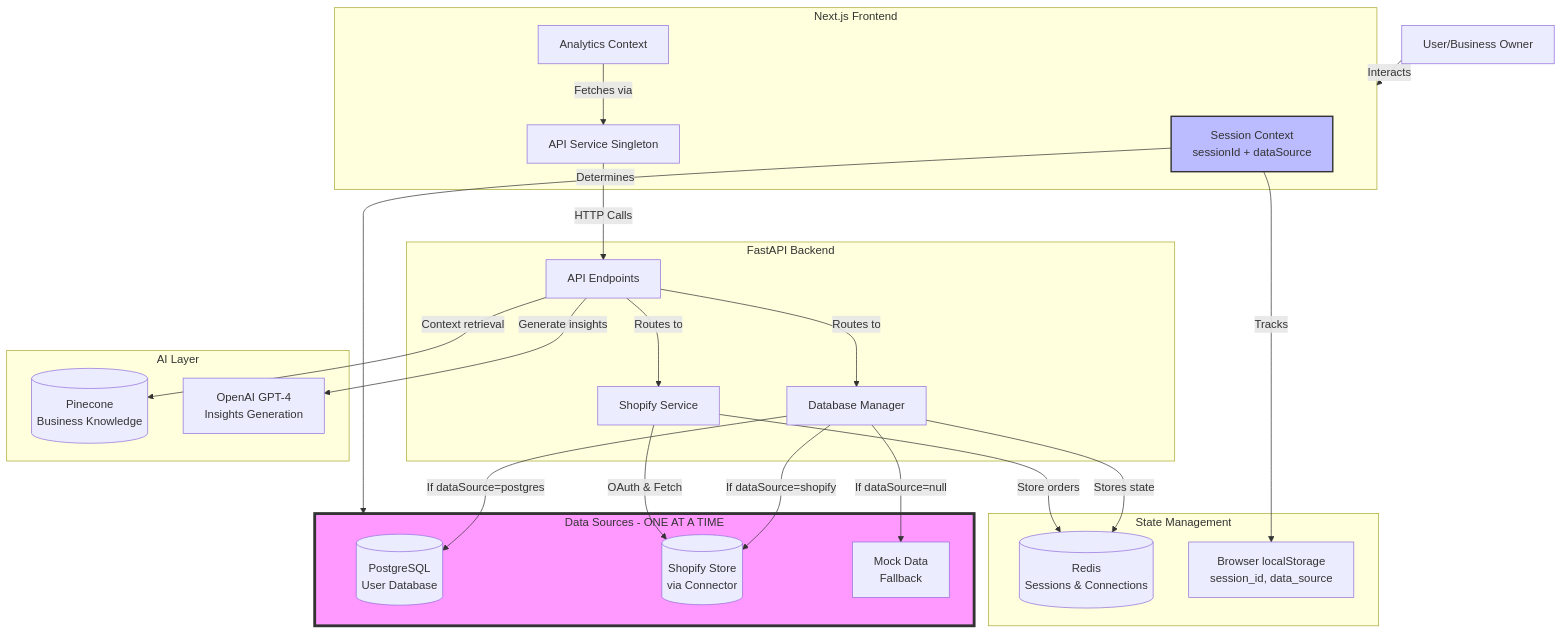
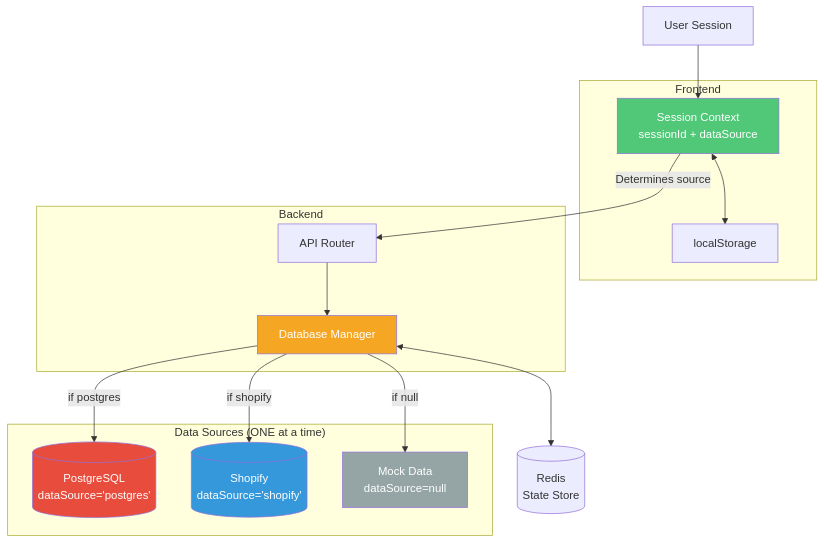
Before and after one commit to Dprof-in-tech/peppasync-langchain: the sixth of 11 diagrams in C4-ARCHITECTURE.md, drawn with Mermaid. The commit also changed other lines of this file, not shown here.

Commit message:
feat: Revise C4 architecture documentation for PeppaSync platform with updated diagrams and detailed overviews

````diff
--- a/C4-ARCHITECTURE.md
+++ b/C4-ARCHITECTURE.md
@@ -238,55 +245,39 @@
 ```mermaid
 flowchart TD
-    User[User/Business Owner]
+    User[User Session]
 
-    subgraph Frontend[Next.js Frontend]
-        SessionCtx[Session Context<br/>sessionId + dataSource]
-        AnalyticsCtx[Analytics Context]
-        APIService[API Service Singleton]
+    subgraph Frontend
+        Session[Session Context<br/>sessionId + dataSource]
+        LS[localStorage]
     end
 
-    subgraph Backend[FastAPI Backend]
-        Endpoints[API Endpoints]
+    subgraph Backend
+        Router[API Router]
         DBMgr[Database Manager]
-        ShopifySvc[Shopify Service]
     end
 
-    subgraph DataSources[Data Sources - ONE AT A TIME]
-        PG[(PostgreSQL<br/>User Database)]
-        Shopify[(Shopify Store<br/>via Connector)]
-        Mock[Mock Data<br/>Fallback]
+    subgraph "Data Sources (ONE at a time)"
+        PG[(PostgreSQL<br/>dataSource='postgres')]
+        Shopify[(Shopify<br/>dataSource='shopify')]
+        Mock[Mock Data<br/>dataSource=null]
     end
 
-    subgraph Storage[State Management]
-        Redis[(Redis<br/>Sessions & Connections)]
-        LocalStorage[Browser localStorage<br/>session_id, data_source]
-    end
+    Redis[(Redis<br/>State Store)]
 
-    subgraph AI[AI Layer]
-        Pinecone[(Pinecone<br/>Business Knowledge)]
-        OpenAI[OpenAI GPT-4<br/>Insights Generation]
-    end
+    User --> Session
+    Session <--> LS
+    Session -->|Determines source| Router
+    Router --> DBMgr
 
-    User -->|Interacts| Frontend
-    SessionCtx -->|Tracks| LocalStorage
-    SessionCtx -->|Determines| DataSources
-    AnalyticsCtx -->|Fetches via| APIService
-    APIService -->|HTTP Calls| Endpoints
+    DBMgr -->|if postgres| PG
+    DBMgr -->|if shopify| Shopify
+    DBMgr -->|if null| Mock
 
-    Endpoints -->|Routes to| DBMgr
-    Endpoints -->|Routes to| ShopifySvc
+    DBMgr <--> Redis
 
-    DBMgr -->|If dataSource=postgres| PG
-    DBMgr -->|If dataSource=shopify| Shopify
-    DBMgr -->|If dataSource=null| Mock
-    DBMgr -->|Stores state| Redis
-
-    ShopifySvc -->|OAuth & Fetch| Shopify
-    ShopifySvc -->|Store orders| Redis
-
-    Endpoints -->|Context retrieval| Pinecone
-    Endpoints -->|Generate insights| OpenAI
-
-    style DataSources fill:#f9f,stroke:#333,stroke-width:4px
-    style SessionCtx fill:#bbf,stroke:#333,stroke-width:2px
+    style Session fill:#50c878,color:#fff
+    style DBMgr fill:#f5a623,color:#fff
+    style PG fill:#e74c3c,color:#fff
+    style Shopify fill:#3498db,color:#fff
+    style Mock fill:#95a5a6,color:#fff
 ```
````
